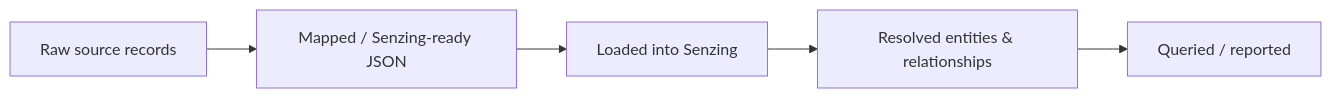
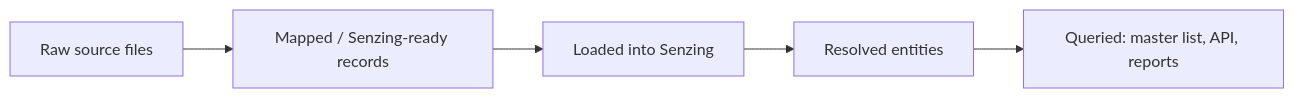
Before and after one commit to docktermj/senzing-demos-for-mac: the second of 2 diagrams in Desktop/demos/claude/demo-01/docs/data_architecture.md, drawn with Mermaid. The commit also changed other lines of this file and 381 other files, not shown here.

````diff
--- a/Desktop/demos/claude/demo-01/docs/data_architecture.md
+++ b/Desktop/demos/claude/demo-01/docs/data_architecture.md
@@ -23,7 +29,7 @@
 ```mermaid
 flowchart LR
-    RAW[Raw source records] --> MAPPED[Mapped / Senzing-ready JSON]
-    MAPPED --> LOADED[Loaded into Senzing]
-    LOADED --> RESOLVED[Resolved entities & relationships]
-    RESOLVED --> QUERIED[Queried / reported]
+    RAW["Raw source files"] --> MAPPED["Mapped / Senzing-ready records"]
+    MAPPED --> LOADED["Loaded into Senzing"]
+    LOADED --> RESOLVED["Resolved entities"]
+    RESOLVED --> QUERIED["Queried: master list, API, reports"]
 ```
````
